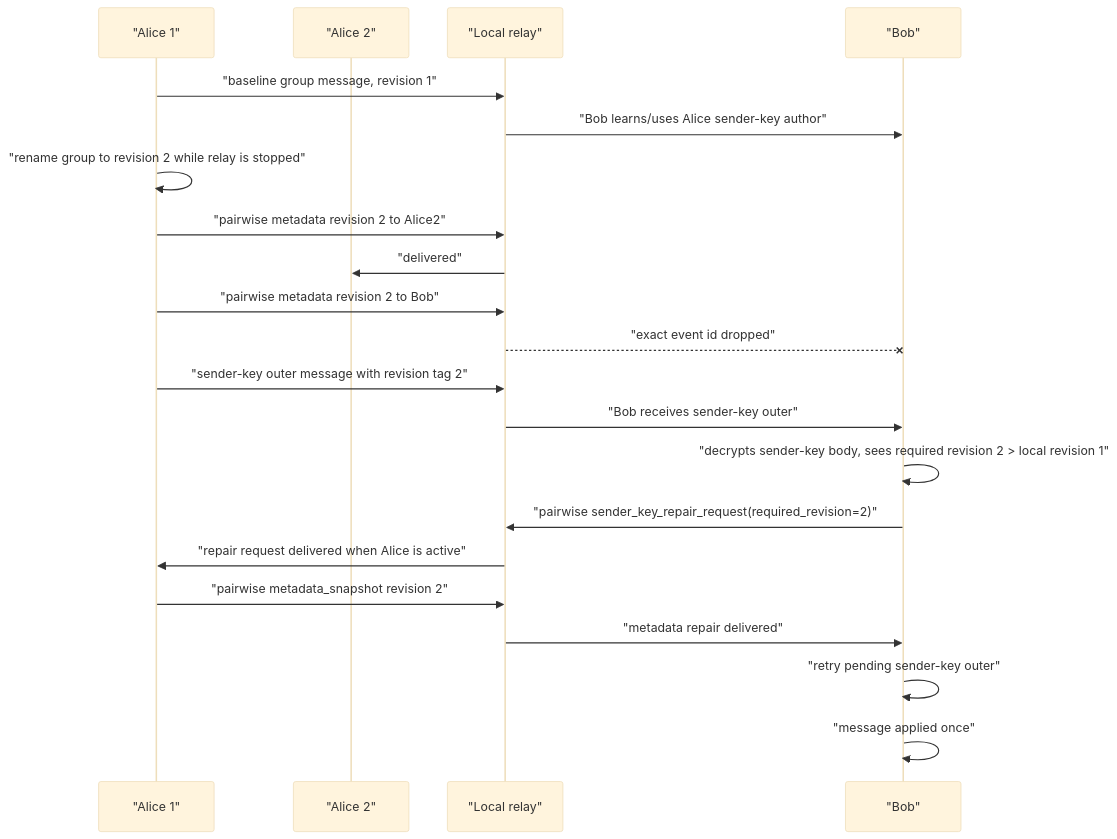
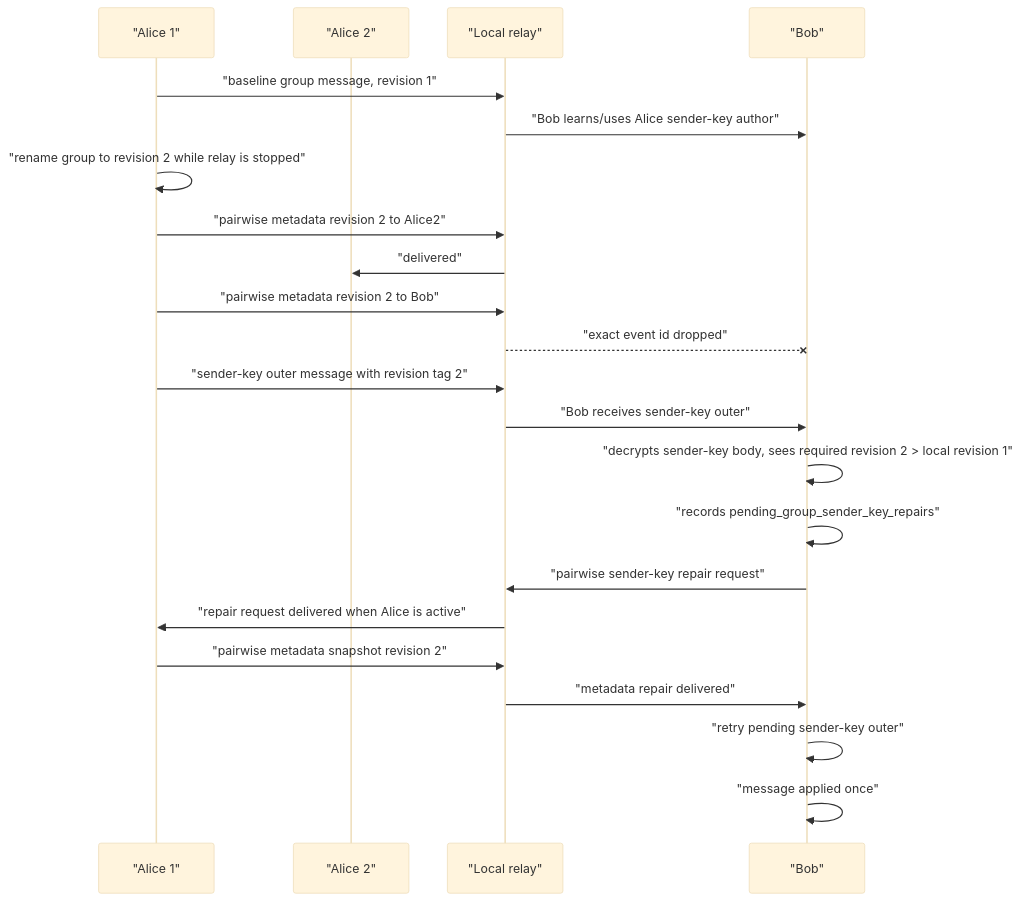
One commit to irislib/iris-chat-rs changed the first of 3 diagrams in docs/sender-key-revision-repair-repro.md. Above: the diagram before and after it, drawn with Mermaid (base theme). The commit also changed other lines of this file and 1 other file, not shown here.

Commit message:
Remove protocol plaintext logging from repair repro

````diff
--- a/docs/sender-key-revision-repair-repro.md
+++ b/docs/sender-key-revision-repair-repro.md
@@ -76,27 +85,28 @@
 ```mermaid
 sequenceDiagram
   participant Alice1 as "Alice 1"
   participant Alice2 as "Alice 2"
   participant Relay as "Local relay"
   participant Bob as "Bob"
 
   Alice1->>Relay: "baseline group message, revision 1"
   Relay->>Bob: "Bob learns/uses Alice sender-key author"
 
   Alice1->>Alice1: "rename group to revision 2 while relay is stopped"
   Alice1->>Relay: "pairwise metadata revision 2 to Alice2"
   Relay->>Alice2: "delivered"
   Alice1->>Relay: "pairwise metadata revision 2 to Bob"
   Relay--xBob: "exact event id dropped"
 
   Alice1->>Relay: "sender-key outer message with revision tag 2"
   Relay->>Bob: "Bob receives sender-key outer"
   Bob->>Bob: "decrypts sender-key body, sees required revision 2 > local revision 1"
-  Bob->>Relay: "pairwise sender_key_repair_request(required_revision=2)"
+  Bob->>Bob: "records pending_group_sender_key_repairs"
+  Bob->>Relay: "pairwise sender-key repair request"
 
   Relay->>Alice1: "repair request delivered when Alice is active"
-  Alice1->>Relay: "pairwise metadata_snapshot revision 2"
+  Alice1->>Relay: "pairwise metadata snapshot revision 2"
   Relay->>Bob: "metadata repair delivered"
   Bob->>Bob: "retry pending sender-key outer"
   Bob->>Bob: "message applied once"
 ```
````
